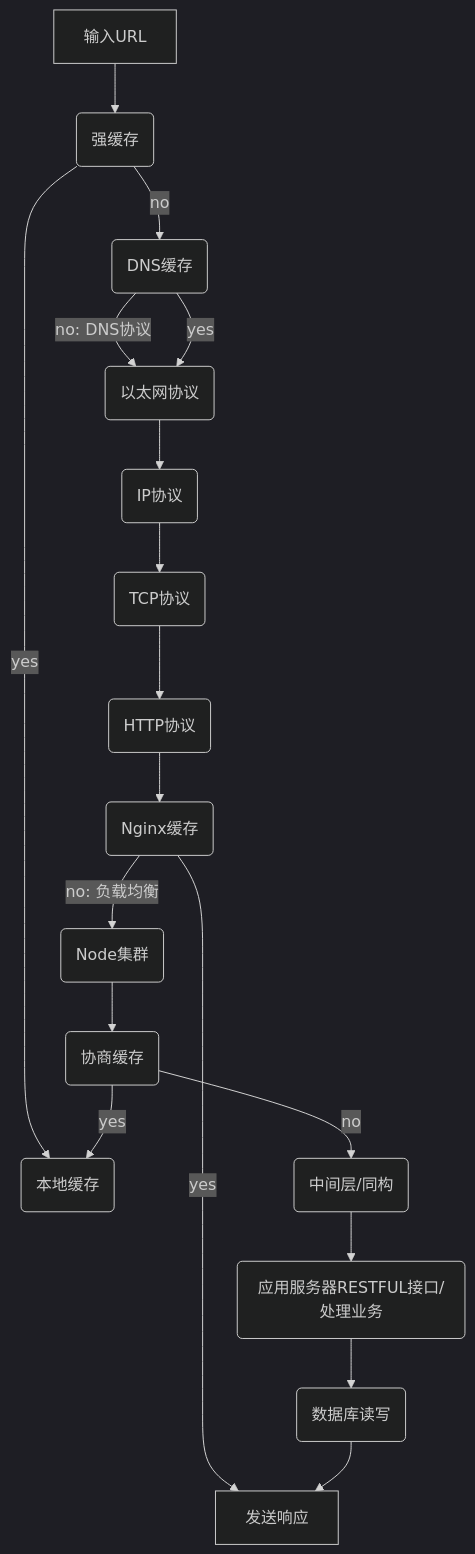
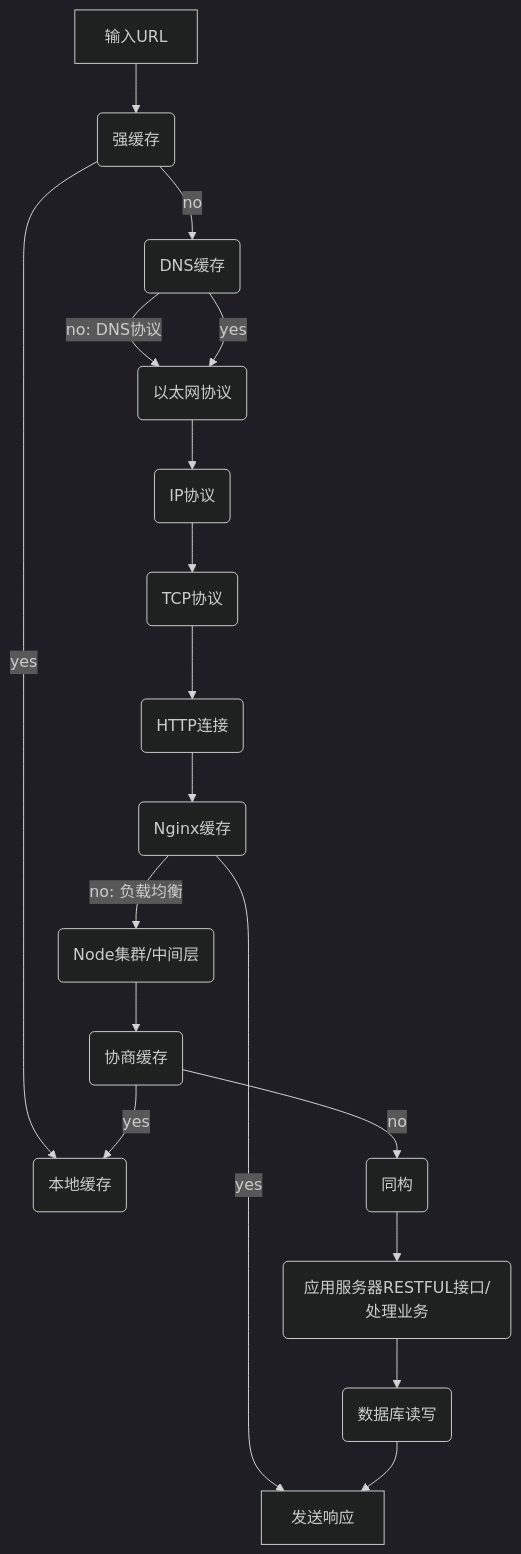
One commit to ZhouQunying/Blog changed the first of 2 diagrams in 前端性能优化.md. Above: the diagram before and after it, drawn with Mermaid (dark theme). The commit also changed other lines of this file, not shown here.

````diff
--- a/前端性能优化.md
+++ b/前端性能优化.md
@@ -5,21 +5,21 @@
 ```mermaid
 graph TD
 A[输入URL] --> B(强缓存)
 B --> |no| C(DNS缓存)
 B --> |yes| O
 C --> |no: DNS协议| D(以太网协议)
 C --> |yes| D
 D --> E(IP协议)
 E --> F(TCP协议)
-F --> G(HTTP协议)
+F --> G(HTTP连接)
 G --> H(Nginx缓存)
-H --> |no: 负载均衡| I(Node集群)
+H --> |no: 负载均衡| I(Node集群/中间层)
 H --> |yes| N
 I --> J(协商缓存)
-J --> |no| K(中间层/同构)
+J --> |no| K(同构)
 J --> |yes| O
 K --> L(应用服务器RESTFUL接口/处理业务)
 L --> M(数据库读写)
 M --> N[发送响应]
 O(本地缓存)
 ```
````
